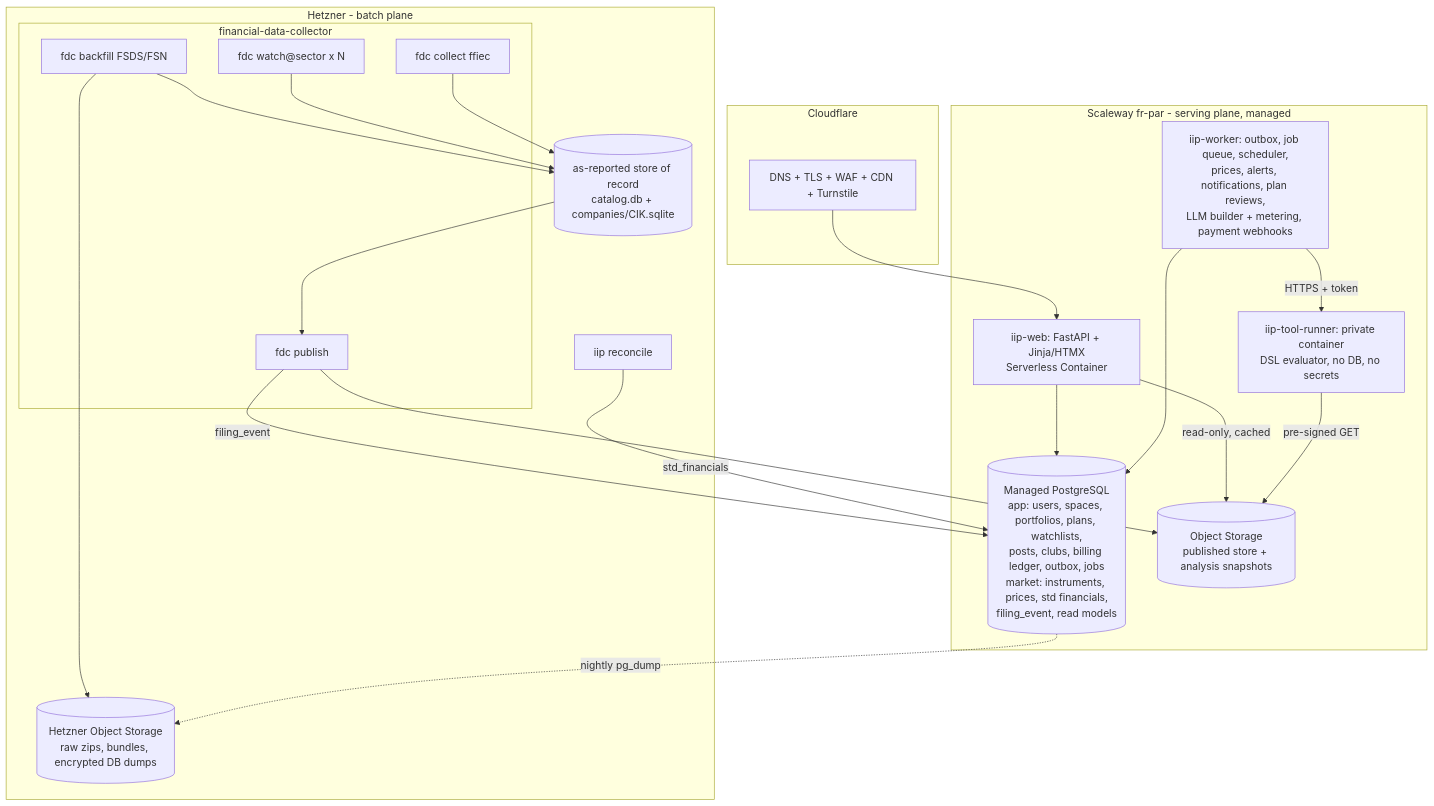
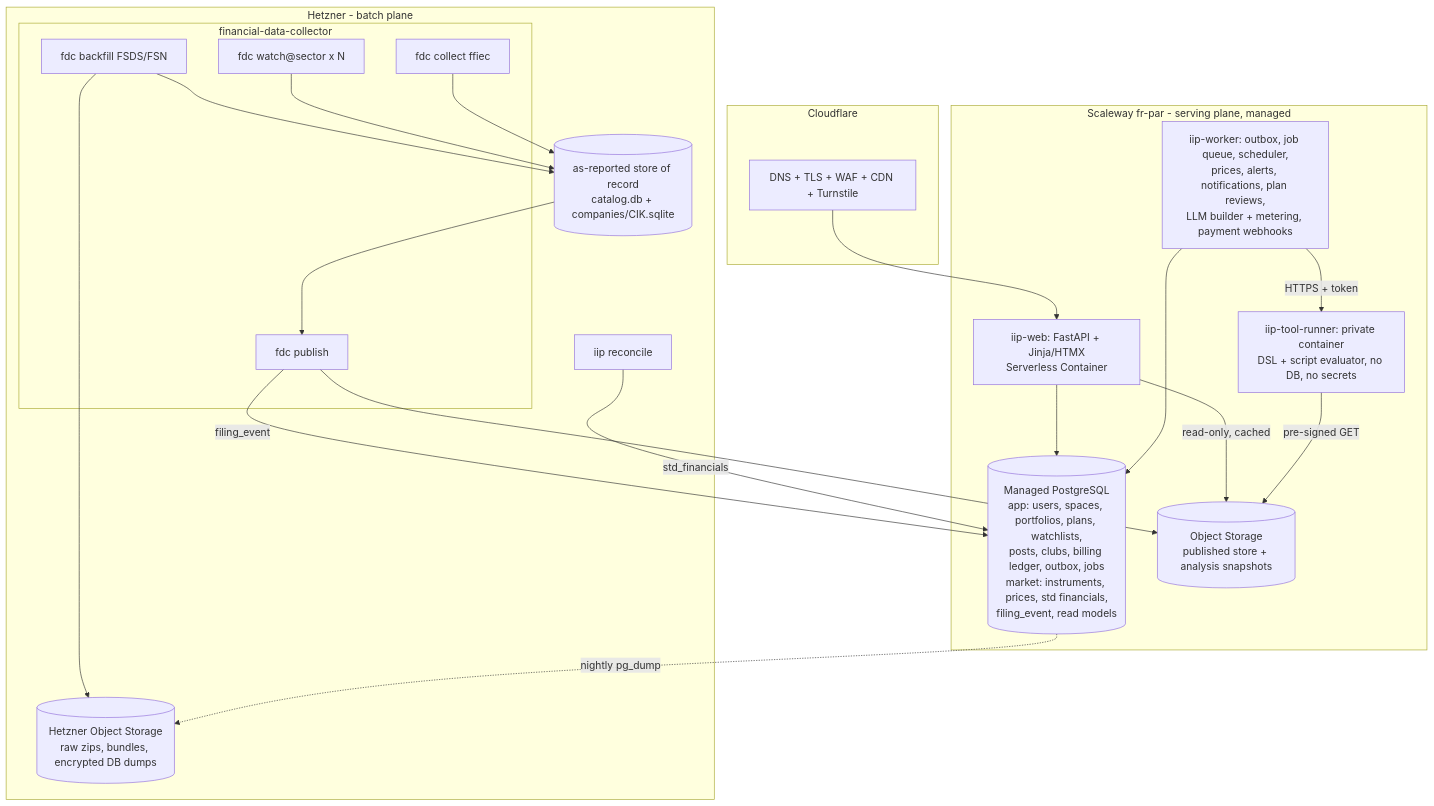
One commit to dsastriques/intelligent_investor_social changed the second of 2 diagrams in docs/architecture/00-overview.md. Above: the diagram before and after it, drawn with Mermaid. The commit also changed other lines of this file and 18 other files, not shown here.

First line of the commit message:
docs(architecture): system design v0.7 - scripts (BR-20..25, FR-31..34)

````diff
--- a/docs/architecture/00-overview.md
+++ b/docs/architecture/00-overview.md
@@ -134,38 +148,38 @@
 ```mermaid
 flowchart TB
   subgraph CF[Cloudflare]
     dns[DNS + TLS + WAF + CDN + Turnstile]
   end
   subgraph SCW[Scaleway fr-par - serving plane, managed]
     web[iip-web: FastAPI + Jinja/HTMX<br/>Serverless Container]
     worker[iip-worker: outbox, job queue, scheduler,<br/>prices, alerts, notifications, plan reviews,<br/>LLM builder + metering, payment webhooks]
-    runner[iip-tool-runner: private container<br/>DSL evaluator, no DB, no secrets]
+    runner[iip-tool-runner: private container<br/>DSL + script evaluator, no DB, no secrets]
     pg[(Managed PostgreSQL<br/>app: users, spaces, portfolios, plans, watchlists,<br/>posts, clubs, billing ledger, outbox, jobs<br/>market: instruments, prices, std financials,<br/>filing_event, read models)]
     os1[(Object Storage<br/>published store + analysis snapshots)]
   end
   subgraph HZ[Hetzner - batch plane]
     subgraph FDC[financial-data-collector]
       backfill[fdc backfill FSDS/FSN]
       watch[fdc watch@sector x N]
       ffiecc[fdc collect ffiec]
       publish[fdc publish]
     end
     rec[iip reconcile]
     store[(as-reported store of record<br/>catalog.db + companies/CIK.sqlite)]
     os2[(Hetzner Object Storage<br/>raw zips, bundles, encrypted DB dumps)]
   end
   dns --> web
   web --> pg
   web -->|read-only, cached| os1
   worker --> pg
   worker -->|HTTPS + token| runner
   runner -->|pre-signed GET| os1
   backfill --> store
   watch --> store
   ffiecc --> store
   store --> publish --> os1
   publish -->|filing_event| pg
   rec -->|std_financials| pg
   backfill --> os2
   pg -.->|nightly pg_dump| os2
 ```
````
